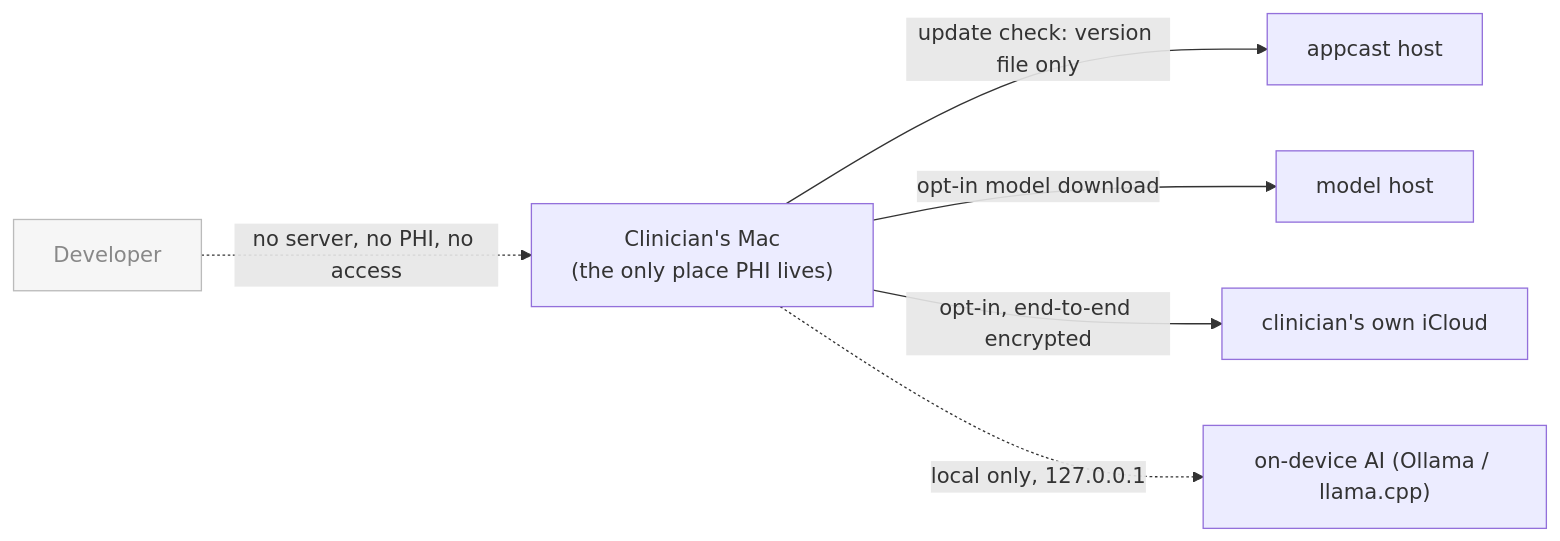
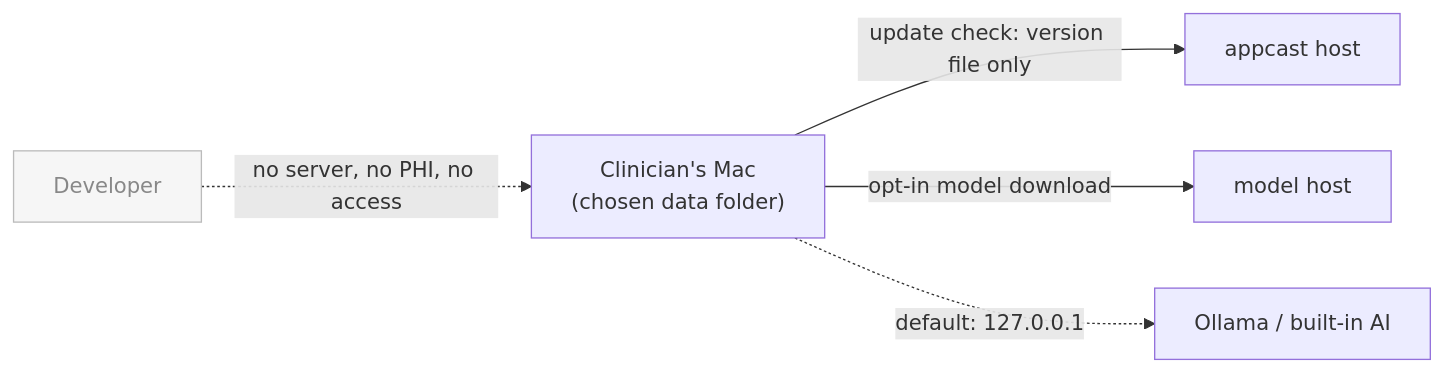
The diagram in docs/HIPAA-SAFEGUARDS.md (mgwedd/aletheia), drawn with Mermaid before and after one commit. The commit also changed other lines of this file and 7 other files, not shown here.

````diff
--- a/docs/HIPAA-SAFEGUARDS.md
+++ b/docs/HIPAA-SAFEGUARDS.md
@@ -19,11 +21,10 @@
 ```mermaid
 flowchart LR
-    C["Clinician's Mac<br/>(the only place PHI lives)"]
+    C["Clinician's Mac<br/>(chosen data folder)"]
     C -->|update check: version file only| U["appcast host"]
     C -->|opt-in model download| M["model host"]
-    C -->|opt-in, end-to-end encrypted| I["clinician's own iCloud"]
-    C -.->|local only, 127.0.0.1| O["on-device AI (Ollama / llama.cpp)"]
+    C -.->|default: 127.0.0.1| O["Ollama / built-in AI"]
     D["Developer"]:::none
     classDef none fill:#f6f6f6,stroke:#bbb,color:#888;
     D -. "no server, no PHI, no access" .-> C
 ```
````
